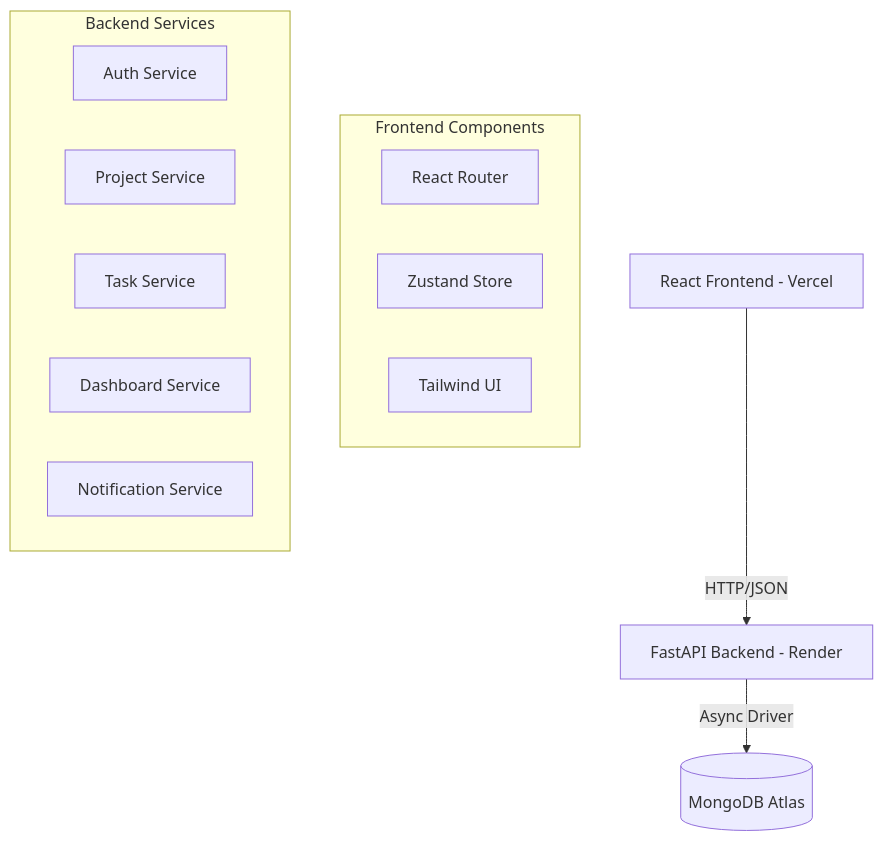
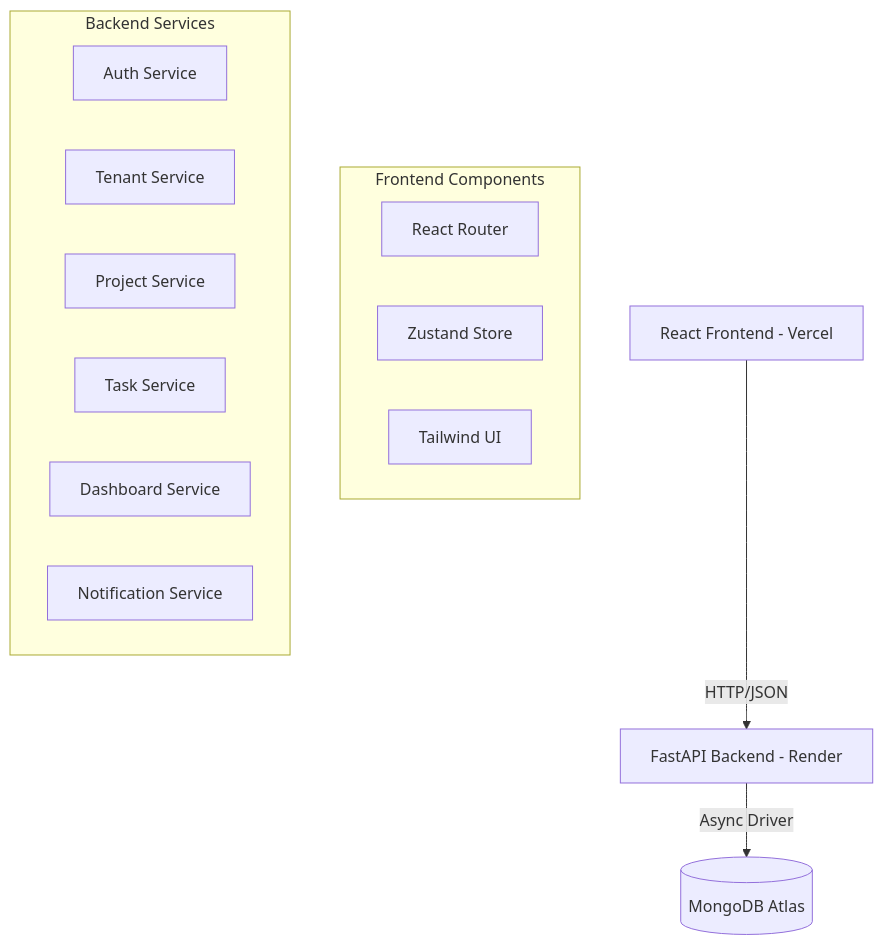
Before and after one commit to falakrana/SyncNest: the diagram in architecture.md, drawn with Mermaid. The commit also changed other lines of this file and 9 other files, not shown here.

````diff
--- a/architecture.md
+++ b/architecture.md
@@ -5,19 +5,20 @@
 ```mermaid
 graph TD
     Client[React Frontend - Vercel] -->|HTTP/JSON| API[FastAPI Backend - Render]
     API -->|Async Driver| DB[(MongoDB Atlas)]
     
     subgraph "Frontend Components"
         Router[React Router]
         Store[Zustand Store]
         UI[Tailwind UI]
     end
     
     subgraph "Backend Services"
         Auth[Auth Service]
+        Tenant[Tenant Service]
         Proj[Project Service]
         Task[Task Service]
         Dash[Dashboard Service]
         Notify[Notification Service]
     end
 ```
````
